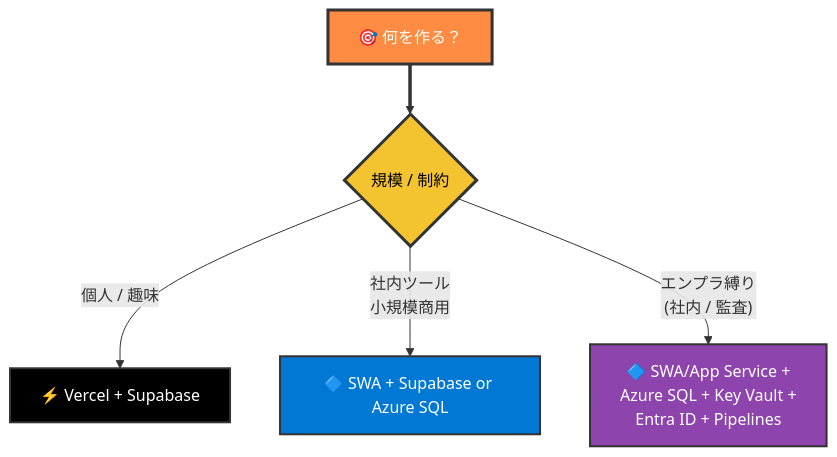
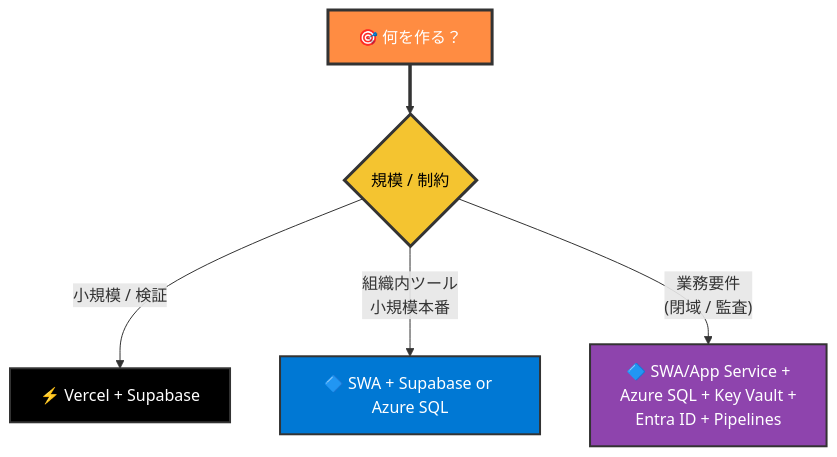
Before and after one commit to kasuyaofcb/tech_docs: diagram 35 of 35 in azure/azure.md, drawn with Mermaid. The commit also changed other lines of this file and 1 other file, not shown here.

First line of the commit message:
docs(azure): 主観表現・スラングを除き、中立的な記述に統一

````diff
--- a/azure/azure.md
+++ b/azure/azure.md
@@ -974,13 +974,13 @@
 ```mermaid
 flowchart TB
     Q["🎯 何を作る？"] ==> Q1{"規模 / 制約"}
-    Q1 -->|"個人 / 趣味"| C1["⚡ Vercel + Supabase"]
-    Q1 -->|"社内ツール<br/>小規模商用"| C2["🔷 SWA + Supabase or Azure SQL"]
-    Q1 -->|"エンプラ縛り<br/>(社内 / 監査)"| C3["🔷 SWA/App Service +<br/>Azure SQL + Key Vault +<br/>Entra ID + Pipelines"]
+    Q1 -->|"小規模 / 検証"| C1["⚡ Vercel + Supabase"]
+    Q1 -->|"組織内ツール<br/>小規模本番"| C2["🔷 SWA + Supabase or Azure SQL"]
+    Q1 -->|"業務要件<br/>(閉域 / 監査)"| C3["🔷 SWA/App Service +<br/>Azure SQL + Key Vault +<br/>Entra ID + Pipelines"]
 
     style Q fill:#FF8C42,color:#FFFFFF,stroke:#333,stroke-width:3px
     style Q1 fill:#F4C430,color:#000,stroke:#333,stroke-width:3px
     style C1 fill:#000,color:#FFFFFF,stroke:#333,stroke-width:2px
     style C2 fill:#0078D4,color:#FFFFFF,stroke:#333,stroke-width:2px
     style C3 fill:#8E44AD,color:#FFFFFF,stroke:#333,stroke-width:2px
 ```
````
